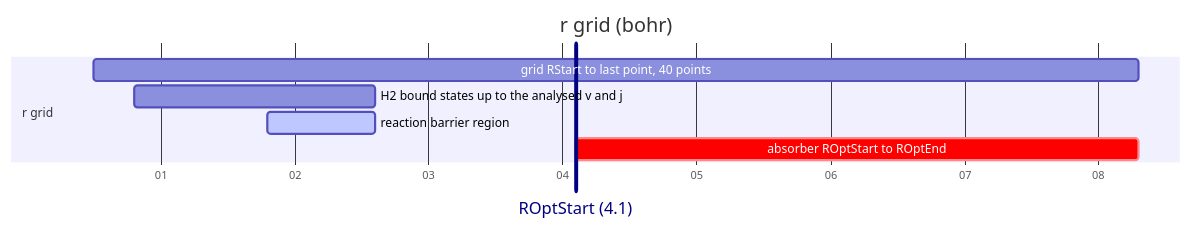
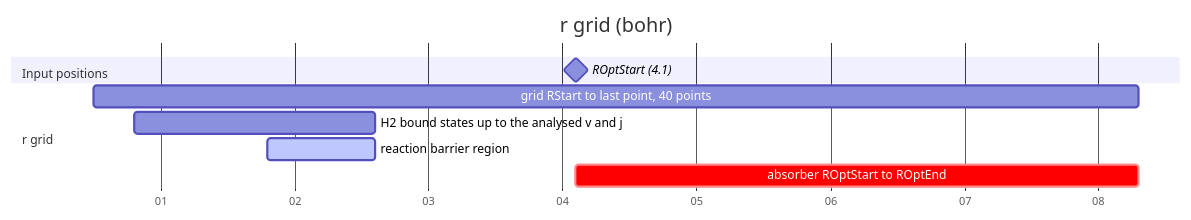
Before and after one commit to ewfsmeets/Cpp-SPO-DVR: the second of 2 diagrams in inputs/README.md, drawn with Mermaid. The commit also changed other lines of this file and 16 other files, not shown here.

````diff
--- a/inputs/README.md
+++ b/inputs/README.md
@@ -64,16 +64,16 @@
 ```mermaid
 gantt
     title r grid (bohr)
     dateFormat x
     axisFormat %S
     tickInterval 1second
     todayMarker off
 
-    ROptStart (4.1)              : vert, rs, 4100, 1ms
-
+    section Input positions
+    ROptStart (4.1)              : milestone, rs, 4100, 1ms
     section r grid
     grid RStart to last point, 40 points : 500, 8300
     H2 bound states up to the analysed v and j : 800, 2600
     reaction barrier region      : active, 1800, 2600
     absorber ROptStart to ROptEnd : crit, 4100, 8300
 ```
````
